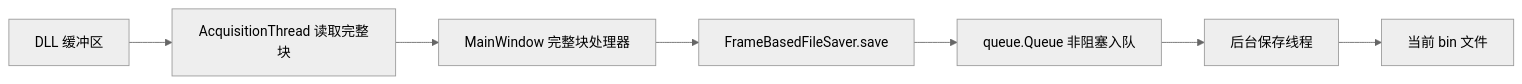
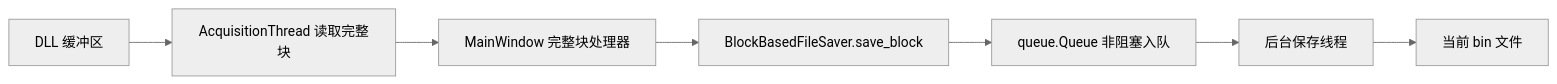
The diagram in docs/README-2026-03-20-eDAS数据存储技术说明.md (chyiever/pcie7821_gui), drawn with Mermaid (neutral theme) before and after one commit. The commit also changed other lines of this file and 7 other files, not shown here.

````diff
--- a/docs/README-2026-03-20-eDAS数据存储技术说明.md
+++ b/docs/README-2026-03-20-eDAS数据存储技术说明.md
@@ -13,9 +13,9 @@
 ```mermaid
 flowchart LR
     A[DLL 缓冲区] --> B[AcquisitionThread 读取完整块]
     B --> C[MainWindow 完整块处理器]
-    C --> D[FrameBasedFileSaver.save]
+    C --> D[BlockBasedFileSaver.save_block]
     D --> E[queue.Queue 非阻塞入队]
     E --> F[后台保存线程]
     F --> G[当前 bin 文件]
 ```
````
